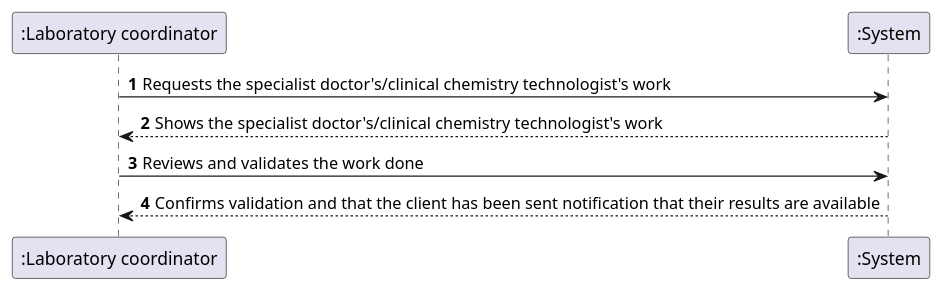
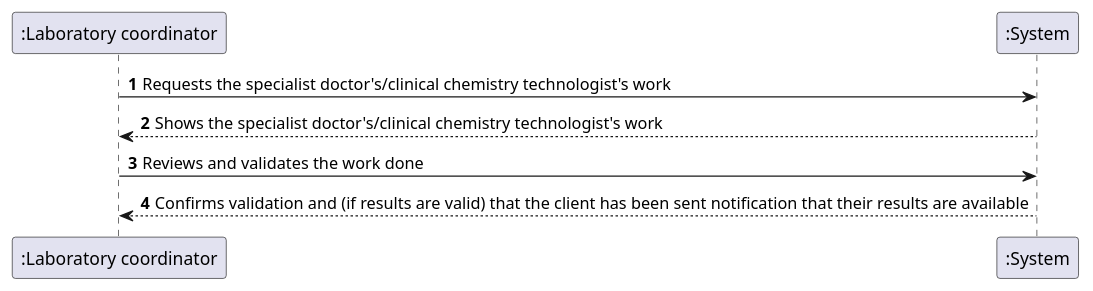
One commit to MadDinosaur/ISEP-LAPR2 changed the diagram in docs/SprintC/US15/US15_SSD.puml. Above: the diagram before and after it, drawn with PlantUML. The commit also changed 2 other files, not shown here.

```diff
--- a/docs/SprintC/US15/US15_SSD.puml
+++ b/docs/SprintC/US15/US15_SSD.puml
@@ -1,11 +1,11 @@
 @startuml
 'https://plantuml.com/sequence-diagram
 
 autonumber
 
 ":Laboratory coordinator" -> ":System": Requests the specialist doctor's/clinical chemistry technologist's work
 ":System" --> ":Laboratory coordinator": Shows the specialist doctor's/clinical chemistry technologist's work
 ":Laboratory coordinator" -> ":System": Reviews and validates the work done
-":System" --> ":Laboratory coordinator": Confirms validation and that the client has been sent notification that their results are available
+":System" --> ":Laboratory coordinator": Confirms validation and (if results are valid) that the client has been sent notification that their results are available
 
 @enduml
```
